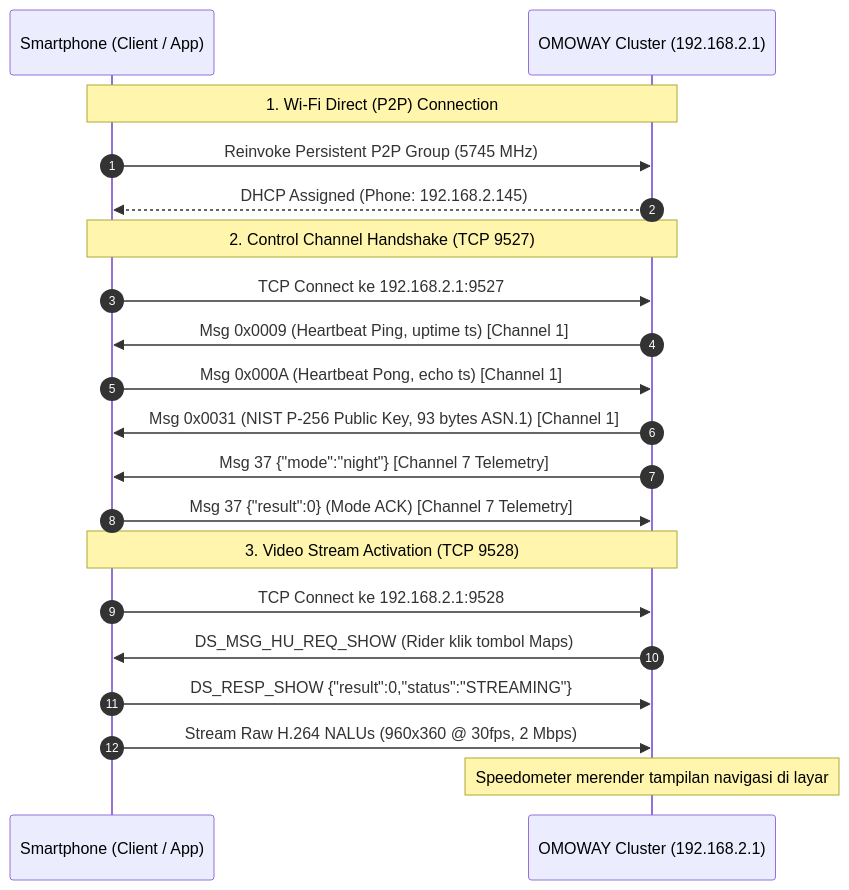
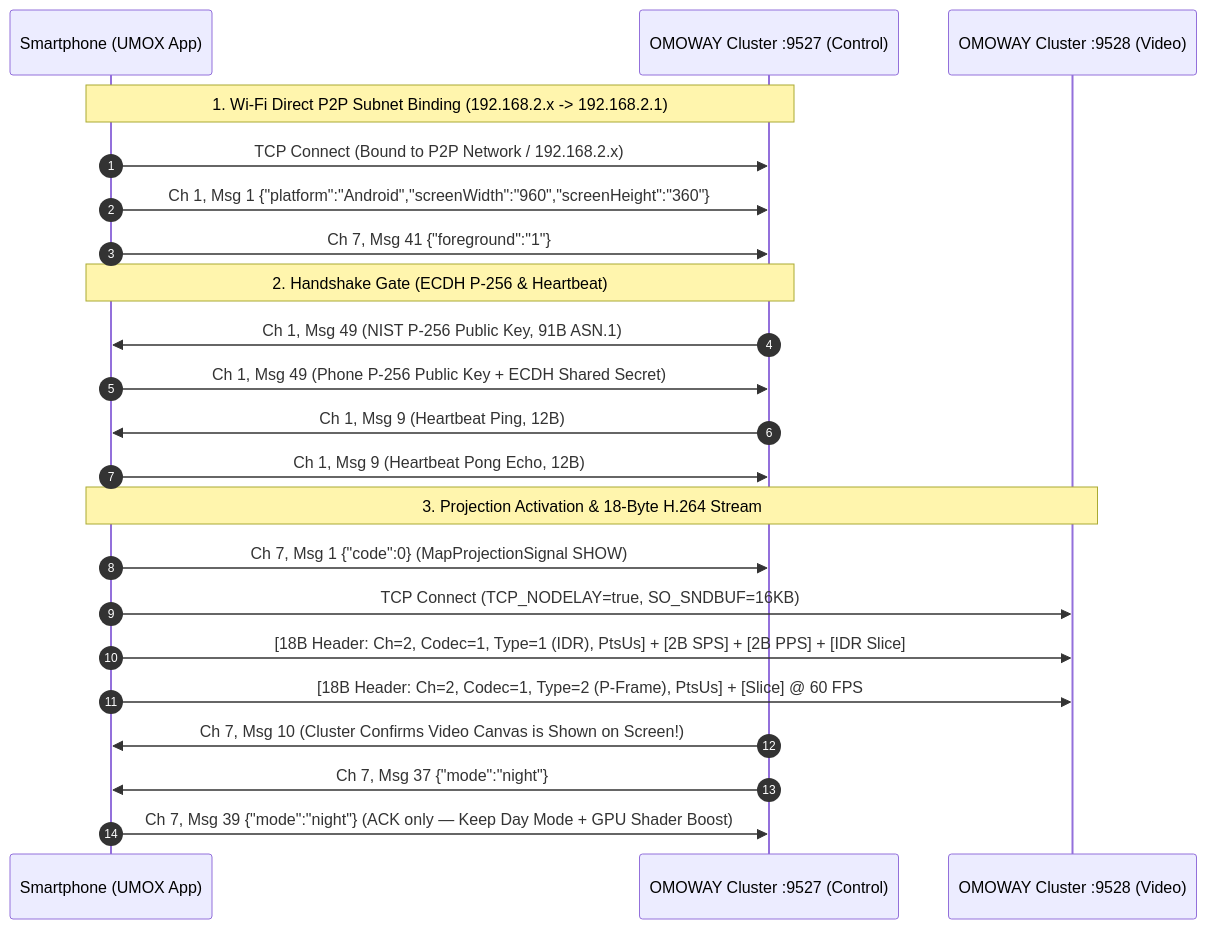
One commit to OMO-X/AboutOMO changed the diagram in README.md. Above: the diagram before and after it, drawn with Mermaid. The commit also changed other lines of this file and 3 other files, not shown here.

Commit message:
docs: document Desay SV 60fps zero-delay streaming protocol, 18-byte video header, HUD safe margins, and GPU daylight shader

````diff
--- a/README.md
+++ b/README.md
@@ -34,25 +48,27 @@
 ```mermaid
 sequenceDiagram
     autonumber
-    participant Phone as Smartphone (Client / App)
-    participant Motor as OMOWAY Cluster (192.168.2.1)
+    participant Phone as Smartphone (UMOX App)
+    participant C9527 as OMOWAY Cluster :9527 (Control)
+    participant C9528 as OMOWAY Cluster :9528 (Video)
 
-    Note over Phone,Motor: 1. Wi-Fi Direct (P2P) Connection
-    Phone->>Motor: Reinvoke Persistent P2P Group (5745 MHz)
-    Motor-->>Phone: DHCP Assigned (Phone: 192.168.2.145)
+    Note over Phone,C9527: 1. Wi-Fi Direct P2P Subnet Binding (192.168.2.x -> 192.168.2.1)
+    Phone->>C9527: TCP Connect (Bound to P2P Network / 192.168.2.x)
+    Phone->>C9527: Ch 1, Msg 1 {"platform":"Android","screenWidth":"960","screenHeight":"360"}
+    Phone->>C9527: Ch 7, Msg 41 {"foreground":"1"}
 
-    Note over Phone,Motor: 2. Control Channel Handshake (TCP 9527)
-    Phone->>Motor: TCP Connect ke 192.168.2.1:9527
-    Motor->>Phone: Msg 0x0009 (Heartbeat Ping, uptime ts) [Channel 1]
-    Phone->>Motor: Msg 0x000A (Heartbeat Pong, echo ts) [Channel 1]
-    Motor->>Phone: Msg 0x0031 (NIST P-256 Public Key, 93 bytes ASN.1) [Channel 1]
-    Motor->>Phone: Msg 37 {"mode":"night"} [Channel 7 Telemetry]
-    Phone->>Motor: Msg 37 {"result":0} (Mode ACK) [Channel 7 Telemetry]
+    Note over Phone,C9527: 2. Handshake Gate (ECDH P-256 & Heartbeat)
+    C9527->>Phone: Ch 1, Msg 49 (NIST P-256 Public Key, 91B ASN.1)
+    Phone->>C9527: Ch 1, Msg 49 (Phone P-256 Public Key + ECDH Shared Secret)
+    C9527->>Phone: Ch 1, Msg 9 (Heartbeat Ping, 12B)
+    Phone->>C9527: Ch 1, Msg 9 (Heartbeat Pong Echo, 12B)
 
-    Note over Phone,Motor: 3. Video Stream Activation (TCP 9528)
-    Phone->>Motor: TCP Connect ke 192.168.2.1:9528
-    Motor->>Phone: DS_MSG_HU_REQ_SHOW (Rider klik tombol Maps)
-    Phone->>Motor: DS_RESP_SHOW {"result":0,"status":"STREAMING"}
-    Phone->>Motor: Stream Raw H.264 NALUs (960x360 @ 30fps, 2 Mbps)
-    Note over Motor: Speedometer merender tampilan navigasi di layar
+    Note over Phone,C9528: 3. Projection Activation & 18-Byte H.264 Stream
+    Phone->>C9527: Ch 7, Msg 1 {"code":0} (MapProjectionSignal SHOW)
+    Phone->>C9528: TCP Connect (TCP_NODELAY=true, SO_SNDBUF=16KB)
+    Phone->>C9528: [18B Header: Ch=2, Codec=1, Type=1 (IDR), PtsUs] + [2B SPS] + [2B PPS] + [IDR Slice]
+    Phone->>C9528: [18B Header: Ch=2, Codec=1, Type=2 (P-Frame), PtsUs] + [Slice] @ 60 FPS
+    C9527->>Phone: Ch 7, Msg 10 (Cluster Confirms Video Canvas is Shown on Screen!)
+    C9527->>Phone: Ch 7, Msg 37 {"mode":"night"}
+    Phone->>C9527: Ch 7, Msg 39 {"mode":"night"} (ACK only — Keep Day Mode + GPU Shader Boost)
 ```
````
